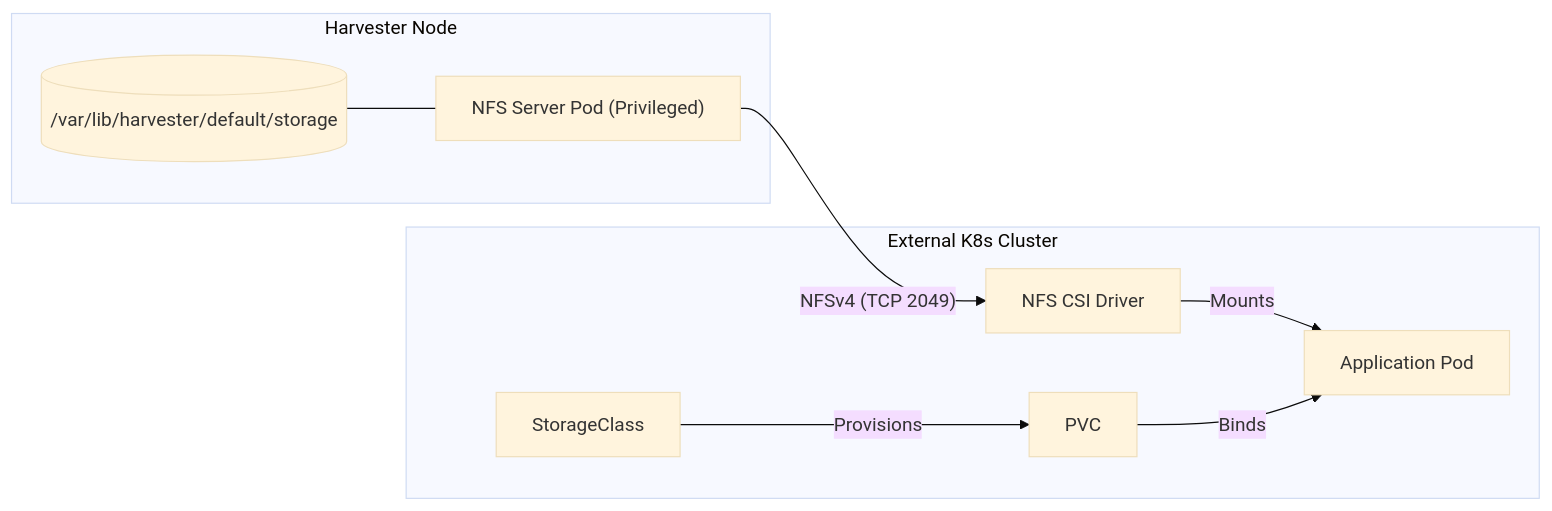
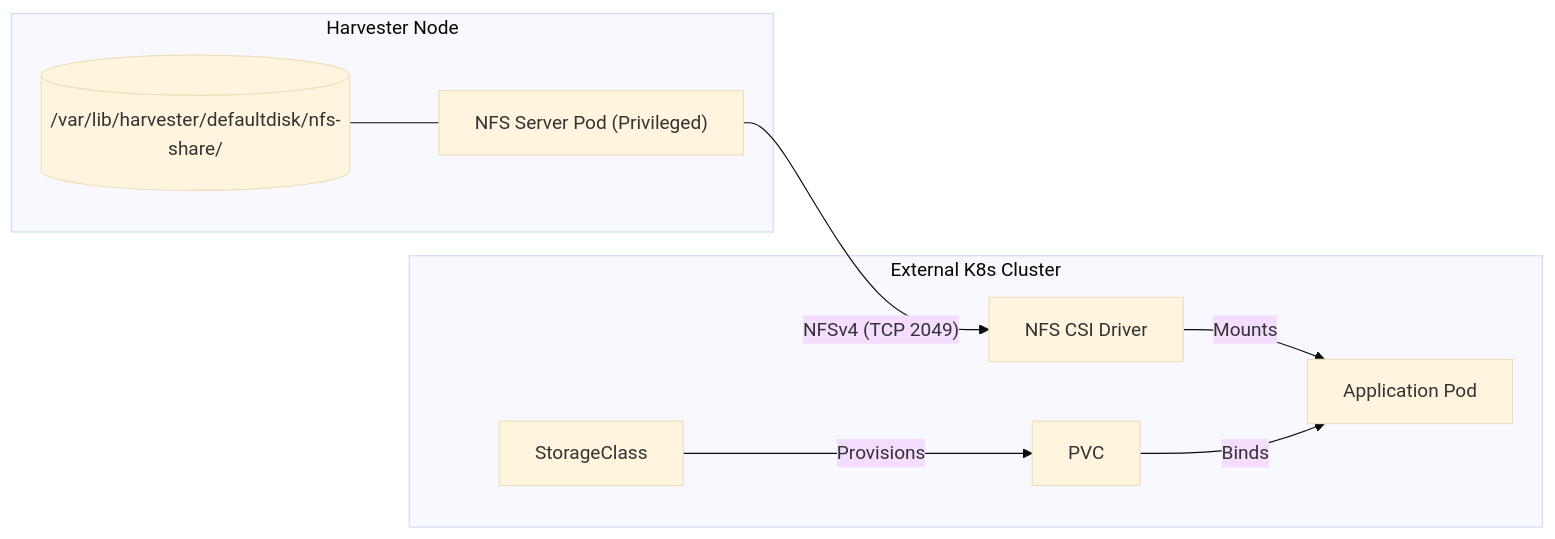
Before and after one commit to doccaz/nfs-server-bci: the diagram in README.md, drawn with Mermaid (base theme). The commit also changed other lines of this file, not shown here.

````diff
--- a/README.md
+++ b/README.md
@@ -11,22 +17,22 @@
 ```mermaid
 flowchart LR
     subgraph "Harvester Node"
-        HostPath[("/var/lib/harvester/default/storage")]
+        HostPath[("/var/lib/harvester/defaultdisk/nfs-share/")]
         NFS_Pod["NFS Server Pod (Privileged)"]
         HostPath --- NFS_Pod
     end
 
     subgraph "External K8s Cluster"
         CSI["NFS CSI Driver"]
         StorageClass["StorageClass"]
         PVC["PVC"]
         AppPod["Application Pod"]
         
         CSI -- Mounts --> AppPod
     end
 
     NFS_Pod -- "NFSv4 (TCP 2049)" --> CSI
     StorageClass -- "Provisions" --> PVC
     PVC -- "Binds" --> AppPod
 
 ```
````
